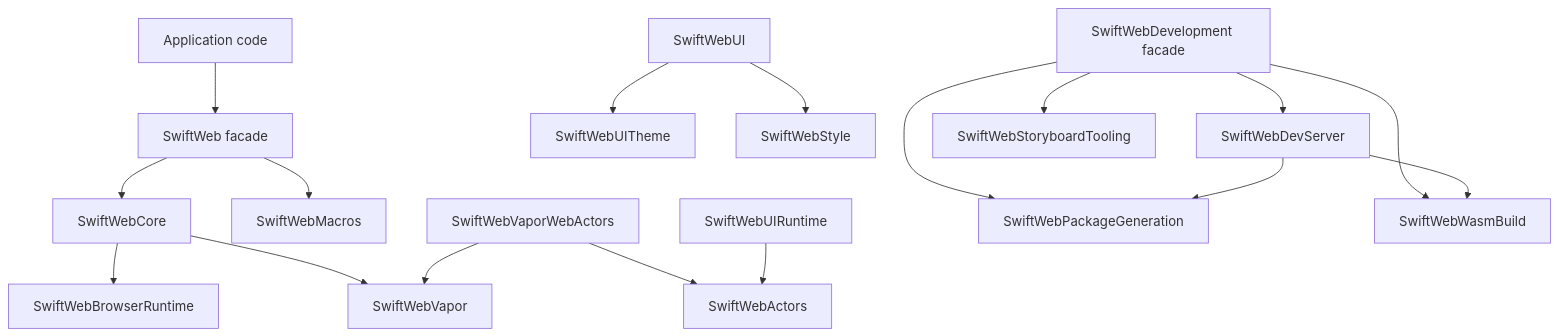
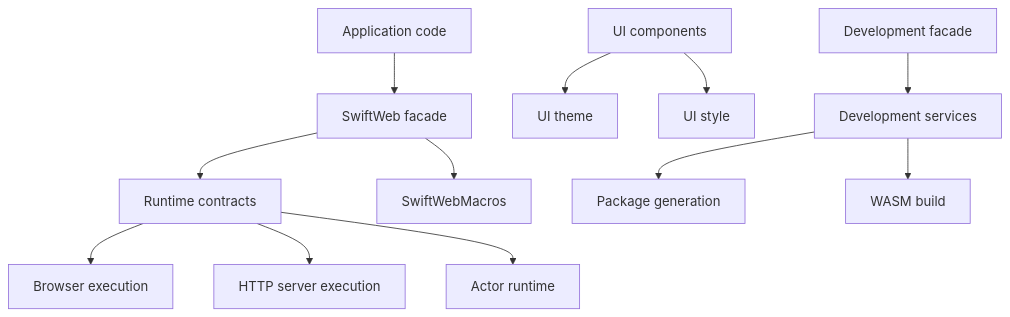
One commit to 1amageek/swift-web changed the diagram in docs/DirectoryFileStructureDesign.md. Above: the diagram before and after it, drawn with Mermaid. The commit also changed other lines of this file and 352 other files, not shown here.

````diff
--- a/docs/DirectoryFileStructureDesign.md
+++ b/docs/DirectoryFileStructureDesign.md
@@ -20,19 +20,14 @@
 ```mermaid
 flowchart TD
   A["Application code"] --> B["SwiftWeb facade"]
-  B --> C["SwiftWebCore"]
+  B --> C["Runtime contracts"]
   B --> D["SwiftWebMacros"]
-  C --> E["SwiftWebBrowserRuntime"]
-  C --> G["SwiftWebVapor"]
-  Q["SwiftWebVaporWebActors"] --> F["SwiftWebActors"]
-  Q --> G
-  H["SwiftWebUI"] --> I["SwiftWebUITheme"]
-  H --> J["SwiftWebStyle"]
-  K["SwiftWebUIRuntime"] --> F
-  L["SwiftWebDevelopment facade"] --> M["SwiftWebDevServer"]
-  L --> N["SwiftWebPackageGeneration"]
-  L --> O["SwiftWebWasmBuild"]
-  L --> P["SwiftWebStoryboardTooling"]
-  M --> N
-  M --> O
+  C --> E["Browser execution"]
+  C --> G["HTTP server execution"]
+  C --> F["Actor runtime"]
+  H["UI components"] --> I["UI theme"]
+  H --> J["UI style"]
+  L["Development facade"] --> M["Development services"]
+  M --> N["Package generation"]
+  M --> O["WASM build"]
 ```
````
